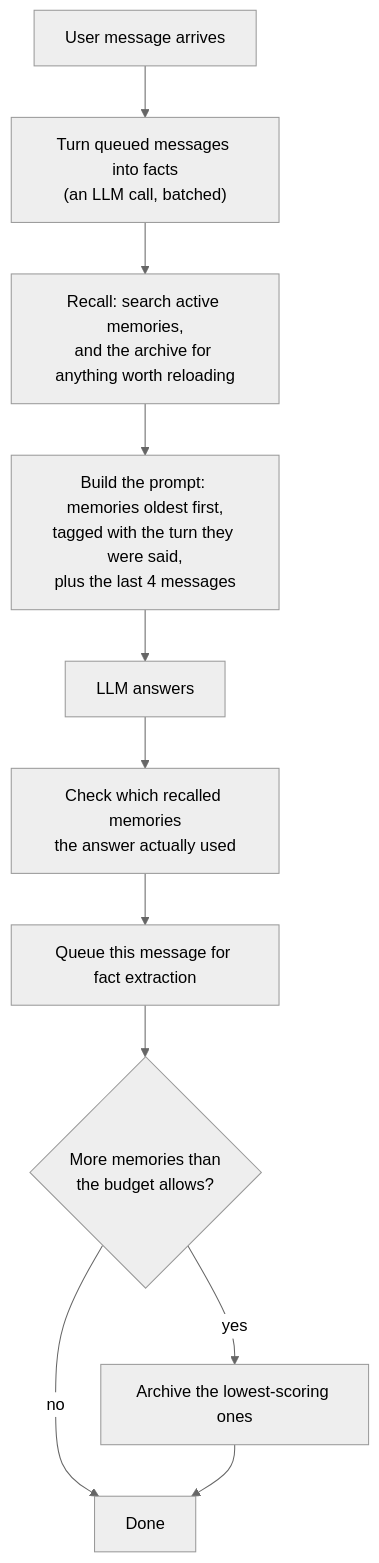
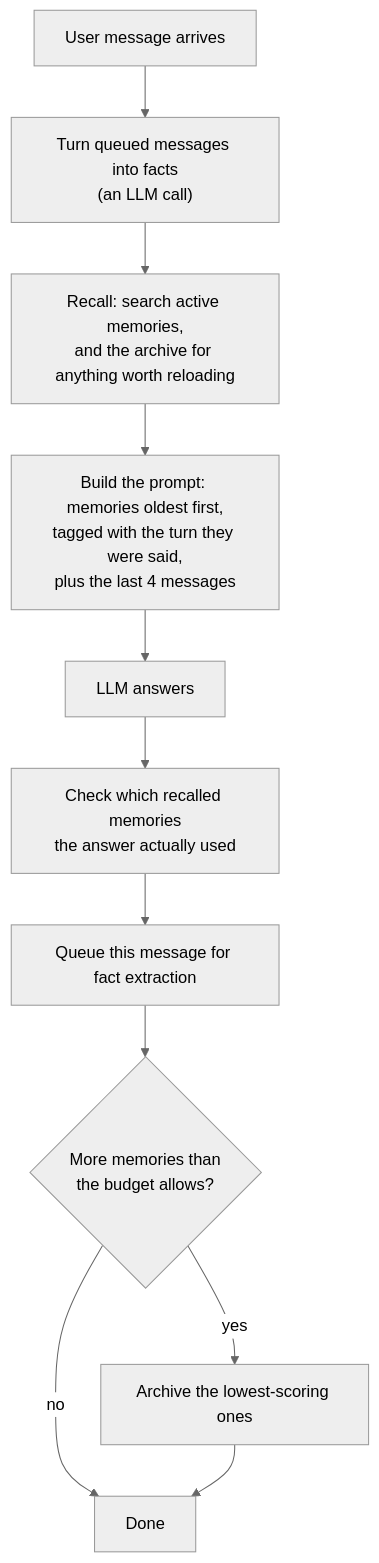
The second of 3 diagrams in README.md (amn-00/lethe-agent-memory), drawn with Mermaid (neutral theme) before and after one commit. The commit also changed other lines of this file and 11 other files, not shown here.

````diff
--- a/README.md
+++ b/README.md
@@ -93,13 +107,13 @@
 ```mermaid
 flowchart TD
-    A["User message arrives"] --> B["Turn queued messages into facts<br/>(an LLM call, batched)"]
+    A["User message arrives"] --> B["Turn queued messages into facts<br/>(an LLM call)"]
     B --> C["Recall: search active memories,<br/>and the archive for anything worth reloading"]
     C --> D["Build the prompt: memories oldest first,<br/>tagged with the turn they were said,<br/>plus the last 4 messages"]
     D --> E["LLM answers"]
     E --> F["Check which recalled memories<br/>the answer actually used"]
     F --> G["Queue this message for fact extraction"]
     G --> H{"More memories than<br/>the budget allows?"}
     H -->|yes| I["Archive the lowest-scoring ones"]
     H -->|no| J["Done"]
     I --> J
 ```
````
